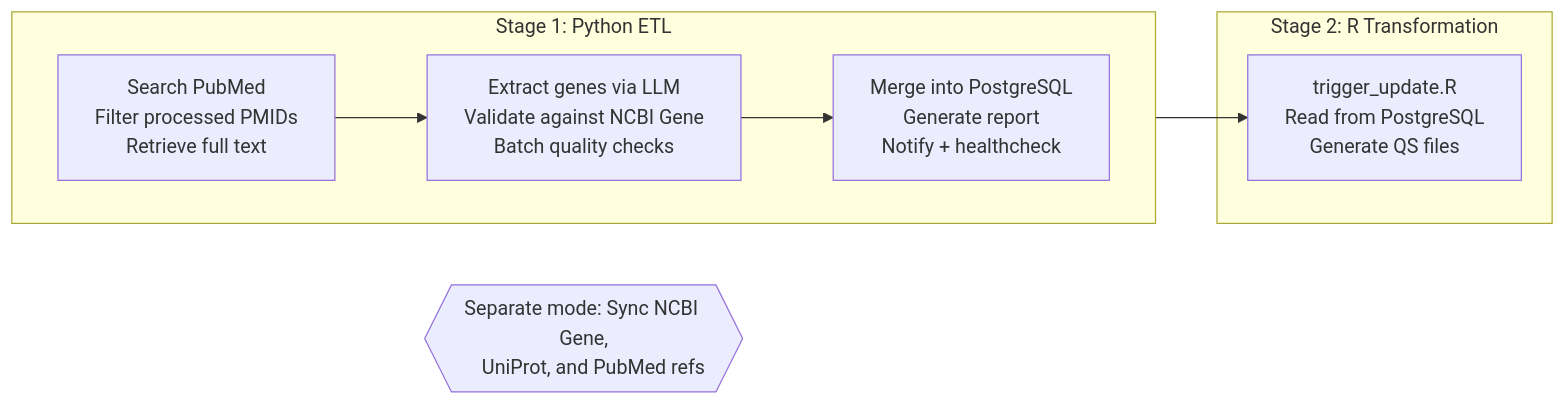
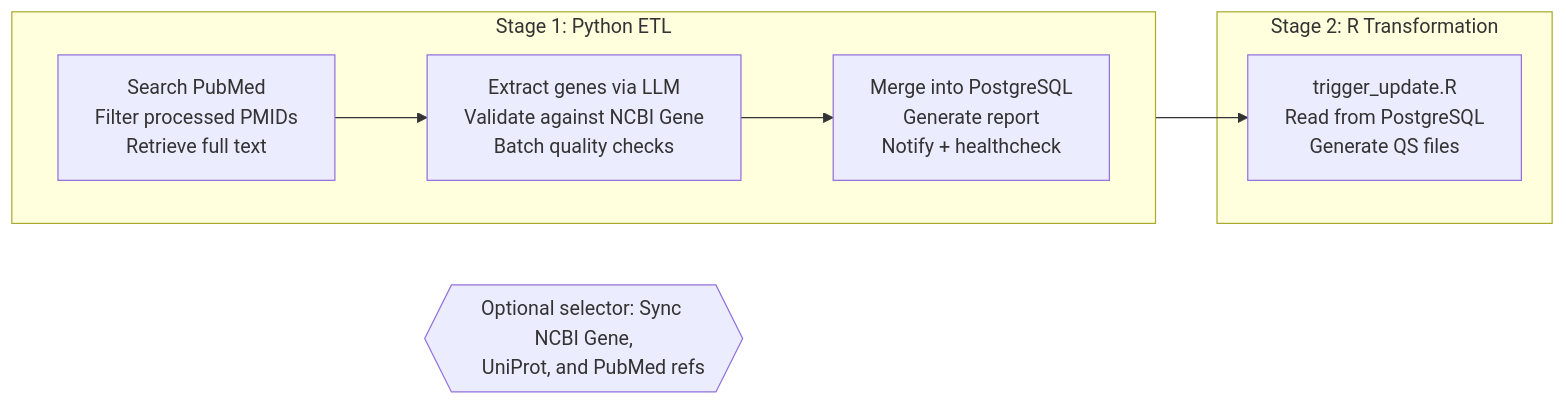
The diagram in README.md (mathieubpoiriericm/icm-dashboard), drawn with Mermaid before and after one commit. The commit also changed other lines of this file and 10 other files, not shown here.

````diff
--- a/README.md
+++ b/README.md
@@ -687,24 +685,24 @@
 ```mermaid
 flowchart LR
     subgraph stage1["Stage 1: Python ETL"]
         direction LR
         A["Search PubMed
         Filter processed PMIDs
         Retrieve full text"] --> B["Extract genes via LLM
         Validate against NCBI Gene
         Batch quality checks"] --> C["Merge into PostgreSQL
         Generate report
         Notify + healthcheck"]
     end
 
     subgraph stage2["Stage 2: R Transformation"]
         D["trigger_update.R
         Read from PostgreSQL
         Generate QS files"]
     end
 
     C --> D
 
-    E{{"Separate mode: Sync NCBI Gene,
+    E{{"Optional selector: Sync NCBI Gene,
     UniProt, and PubMed refs"}}
 ```
````
